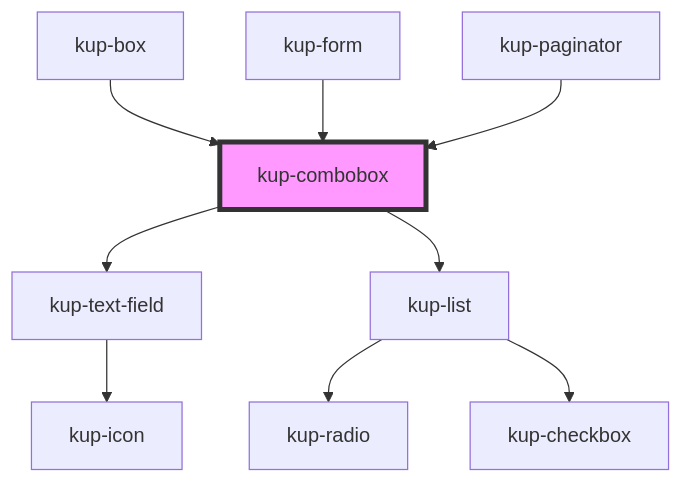
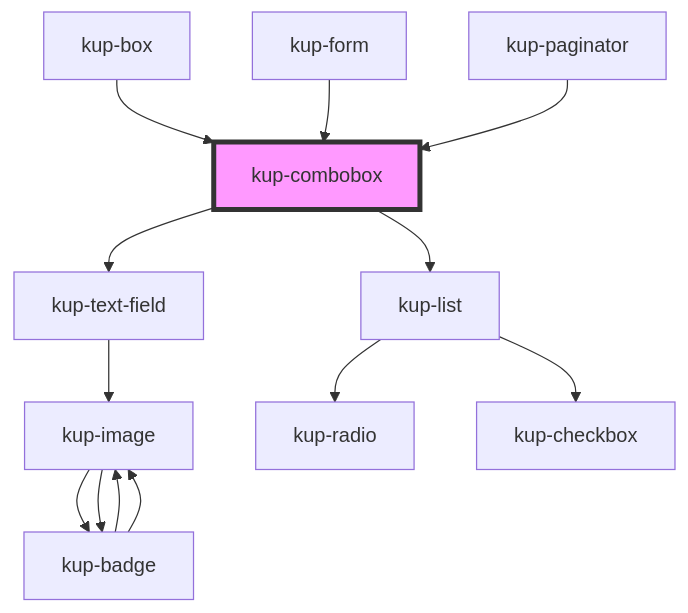
Before and after one commit to smeup/ketchup: the diagram in packages/ketchup/src/components/kup-combobox/readme.md, drawn with Mermaid. The commit also changed 58 other files, not shown here.

Commit message:
Renamed kup-icon to kup-image.

````diff
--- a/packages/ketchup/src/components/kup-combobox/readme.md
+++ b/packages/ketchup/src/components/kup-combobox/readme.md
@@ -43,12 +43,16 @@
 ```mermaid
 graph TD;
   kup-combobox --> kup-text-field
   kup-combobox --> kup-list
-  kup-text-field --> kup-icon
+  kup-text-field --> kup-image
+  kup-image --> kup-badge
+  kup-image --> kup-badge
+  kup-badge --> kup-image
+  kup-badge --> kup-image
   kup-list --> kup-radio
   kup-list --> kup-checkbox
   kup-box --> kup-combobox
   kup-form --> kup-combobox
   kup-paginator --> kup-combobox
   style kup-combobox fill:#f9f,stroke:#333,stroke-width:4px
 ```
````
